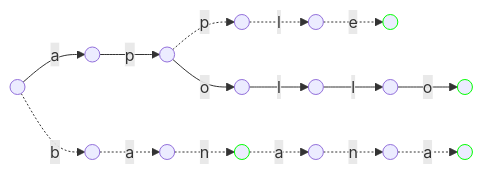
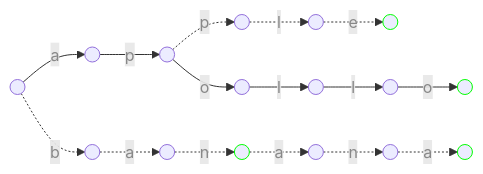
The second of 4 diagrams in _posts/2024-01-03-trie.md (CHOYUNSIG/algorithm_with_boj), drawn with Mermaid before and after one commit. The commit also changed other lines of this file and 3 other files, not shown here.

````diff
--- a/_posts/2024-01-03-trie.md
+++ b/_posts/2024-01-03-trie.md
@@ -82,38 +82,38 @@
-```mermaid!
-graph LR
+<pre class="mermaid">
+    graph LR
 
-1 -- <p style="text-shadow: 0px 0px 2px white">a</p> --> 2
-1 -. <p style="text-shadow: 0px 0px 2px white">b</p> .-> 3
-2 -- <p style="text-shadow: 0px 0px 2px white">p</p> --> 4
-4 -. <p style="text-shadow: 0px 0px 2px white">p</p> .-> 5
-5 -. <p style="text-shadow: 0px 0px 2px white">l</p> .-> 6
-6 -. <p style="text-shadow: 0px 0px 2px white">e</p> .-> 7
-4 -- <p style="text-shadow: 0px 0px 2px white">o</p> --> 8
-8 -- <p style="text-shadow: 0px 0px 2px white">l</p> --> 9
-9 -- <p style="text-shadow: 0px 0px 2px white">l</p> --> 10
-10 -- <p style="text-shadow: 0px 0px 2px white">o</p> --> 11
-3 -. <p style="text-shadow: 0px 0px 2px white">a</p> .-> 12
-12 -. <p style="text-shadow: 0px 0px 2px white">n</p> .-> 13
-13 -. <p style="text-shadow: 0px 0px 2px white">a</p> .-> 14
-14 -. <p style="text-shadow: 0px 0px 2px white">n</p> .-> 15
-15 -. <p style="text-shadow: 0px 0px 2px white">a</p> .-> 16
+    1 -- <p style="color: #888">a</p> --> 2
+    1 -. <p style="color: #888">b</p> .-> 3
+    2 -- <p style="color: #888">p</p> --> 4
+    4 -. <p style="color: #888">p</p> .-> 5
+    5 -. <p style="color: #888">l</p> .-> 6
+    6 -. <p style="color: #888">e</p> .-> 7
+    4 -- <p style="color: #888">o</p> --> 8
+    8 -- <p style="color: #888">l</p> --> 9
+    9 -- <p style="color: #888">l</p> --> 10
+    10 -- <p style="color: #888">o</p> --> 11
+    3 -. <p style="color: #888">a</p> .-> 12
+    12 -. <p style="color: #888">n</p> .-> 13
+    13 -. <p style="color: #888">a</p> .-> 14
+    14 -. <p style="color: #888">n</p> .-> 15
+    15 -. <p style="color: #888">a</p> .-> 16
 
-1(( ))
-2(( ))
-3(( ))
-4(( ))
-5(( ))
-6(( ))
-7(( )):::end_flag
-8(( ))
-9(( ))
-10(( ))
-11(( )):::end_flag
-12(( ))
-13(( )):::end_flag
-14(( ))
-15(( ))
-16(( )):::end_flag
+    1(( ))
+    2(( ))
+    3(( ))
+    4(( ))
+    5(( ))
+    6(( ))
+    7(( )):::end_flag
+    8(( ))
+    9(( ))
+    10(( ))
+    11(( )):::end_flag
+    12(( ))
+    13(( )):::end_flag
+    14(( ))
+    15(( ))
+    16(( )):::end_flag
 
-classDef end_flag stroke:#0f0
-```
+    classDef end_flag stroke:#0f0
+</pre>
````
